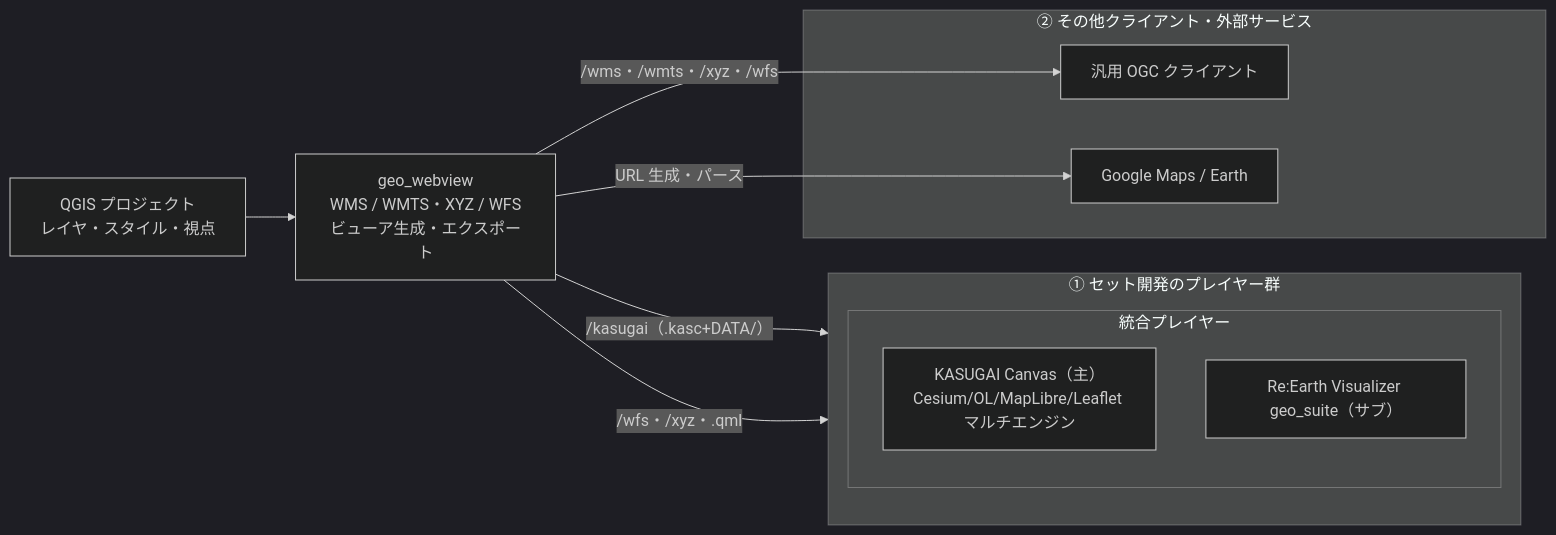
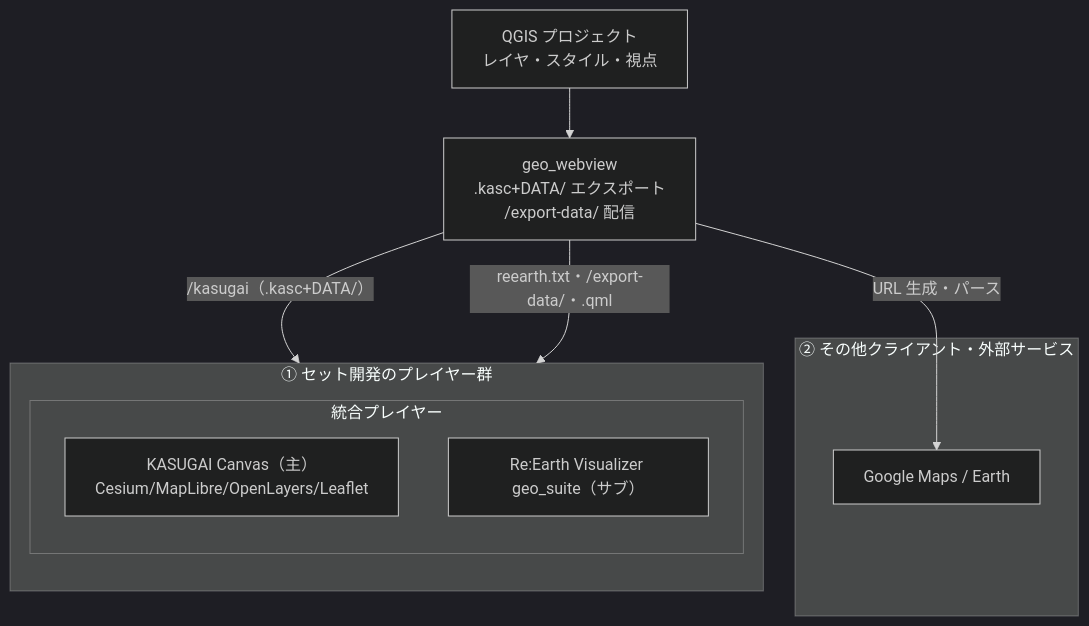
One commit to yamamoto-ryuzo/qgis_live_harness changed the diagram in qgis-plugin/geo_webview/README_JP.md. Above: the diagram before and after it, drawn with Mermaid (dark theme). The commit also changed other lines of this file and 32 other files, not shown here.

First line of the commit message:
geo_webview: OGCサービス全撤去 — サーバレス配信一本化(3.29.0)

````diff
--- a/qgis-plugin/geo_webview/README_JP.md
+++ b/qgis-plugin/geo_webview/README_JP.md
@@ -85,24 +108,22 @@
 ```mermaid
-flowchart LR
+flowchart TB
     QGIS["QGIS プロジェクト<br>レイヤ・スタイル・視点"]
-    GW["geo_webview<br>WMS / WMTS・XYZ / WFS<br>ビューア生成・エクスポート"]
+    GW["geo_webview<br>.kasc+DATA/ エクスポート<br>/export-data/ 配信"]
+
+    subgraph G2["② その他クライアント・外部サービス"]
+        GM["Google Maps / Earth"]
+    end
 
     subgraph G1["① セット開発のプレイヤー群"]
         direction TB
         subgraph G1_UNI["統合プレイヤー"]
-            KC["KASUGAI Canvas（主）<br>Cesium/OL/MapLibre/Leaflet マルチエンジン"]
+            KC["KASUGAI Canvas（主）<br>Cesium/MapLibre/OpenLayers/Leaflet"]
             RE["Re:Earth Visualizer geo_suite（サブ）"]
         end
     end
 
-    subgraph G2["② その他クライアント・外部サービス"]
-        OC["汎用 OGC クライアント"]
-        GM["Google Maps / Earth"]
-    end
-
     QGIS --> GW
+    GW -->|"URL 生成・パース"| GM
     GW -->|"/kasugai（.kasc+DATA/）"| KC
-    GW -->|"/wfs・/xyz・.qml"| RE
-    GW -->|"/wms・/wmts・/xyz・/wfs"| OC
-    GW -->|"URL 生成・パース"| GM
+    GW -->|"reearth.txt・/export-data/・.qml"| RE
 ```
````
